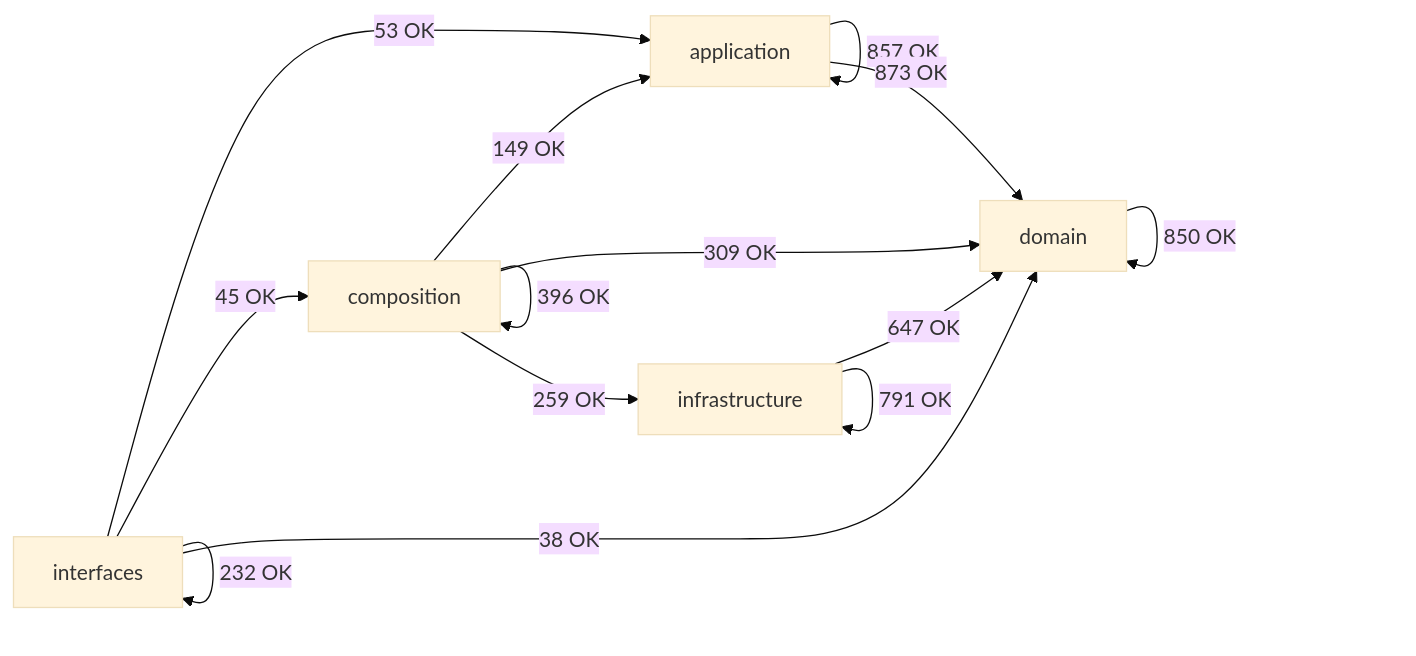
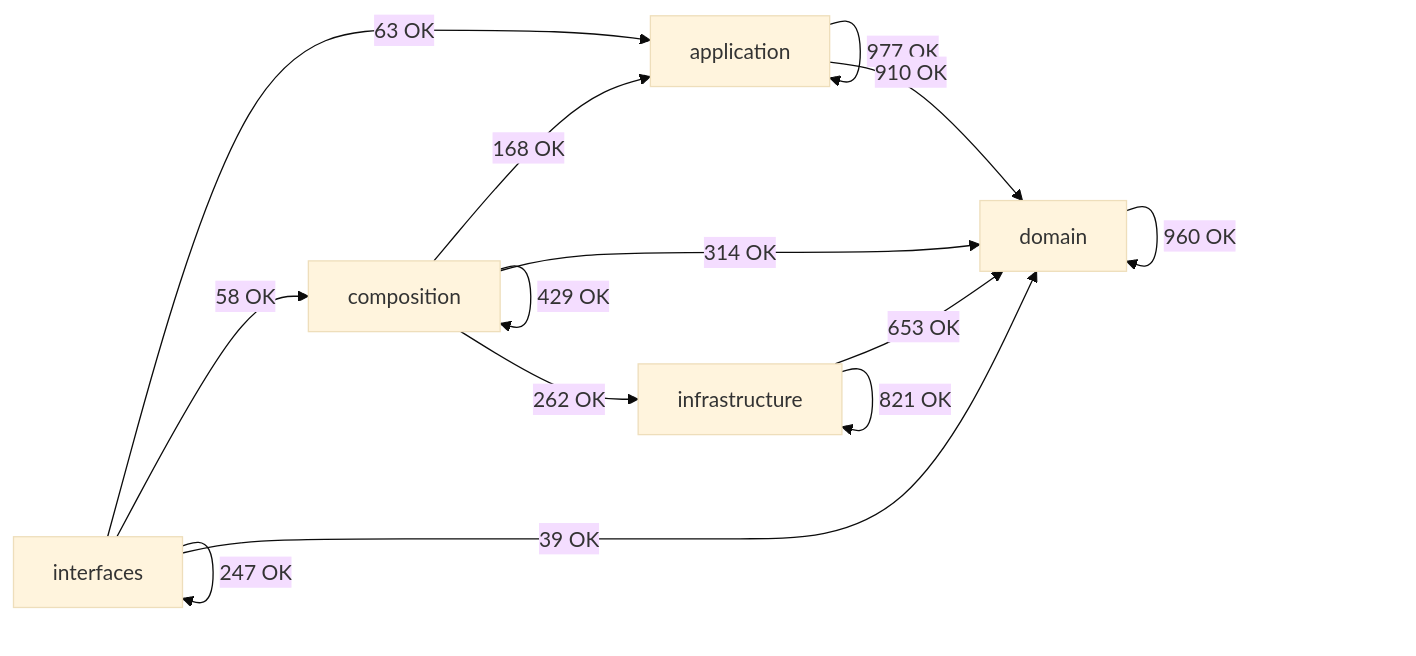
The diagram in docs/02-architecture/generated/module-dependency-map.md (SatoryKono/BioactivityDataAcquisition), drawn with Mermaid (base theme) before and after one commit. The commit also changed other lines of this file and 161 other files, not shown here.

````diff
--- a/docs/02-architecture/generated/module-dependency-map.md
+++ b/docs/02-architecture/generated/module-dependency-map.md
@@ -17,21 +17,21 @@
 ```mermaid
 flowchart LR
     domain[domain]
     application[application]
     infrastructure[infrastructure]
     composition[composition]
     interfaces[interfaces]
-    application -->|857 OK| application
-    application -->|873 OK| domain
-    composition -->|149 OK| application
-    composition -->|396 OK| composition
-    composition -->|309 OK| domain
-    composition -->|259 OK| infrastructure
-    domain -->|850 OK| domain
-    infrastructure -->|647 OK| domain
-    infrastructure -->|791 OK| infrastructure
-    interfaces -->|53 OK| application
-    interfaces -->|45 OK| composition
-    interfaces -->|38 OK| domain
-    interfaces -->|232 OK| interfaces
+    application -->|977 OK| application
+    application -->|910 OK| domain
+    composition -->|168 OK| application
+    composition -->|429 OK| composition
+    composition -->|314 OK| domain
+    composition -->|262 OK| infrastructure
+    domain -->|960 OK| domain
+    infrastructure -->|653 OK| domain
+    infrastructure -->|821 OK| infrastructure
+    interfaces -->|63 OK| application
+    interfaces -->|58 OK| composition
+    interfaces -->|39 OK| domain
+    interfaces -->|247 OK| interfaces
 ```
````
